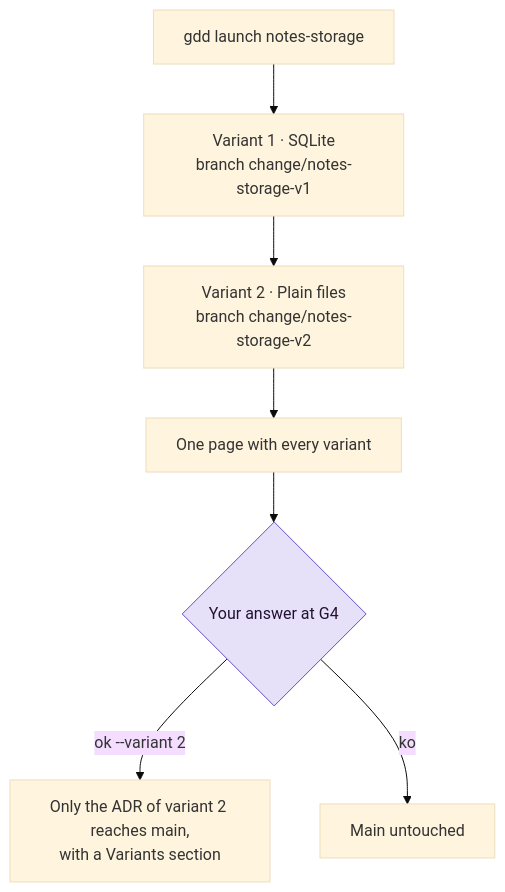
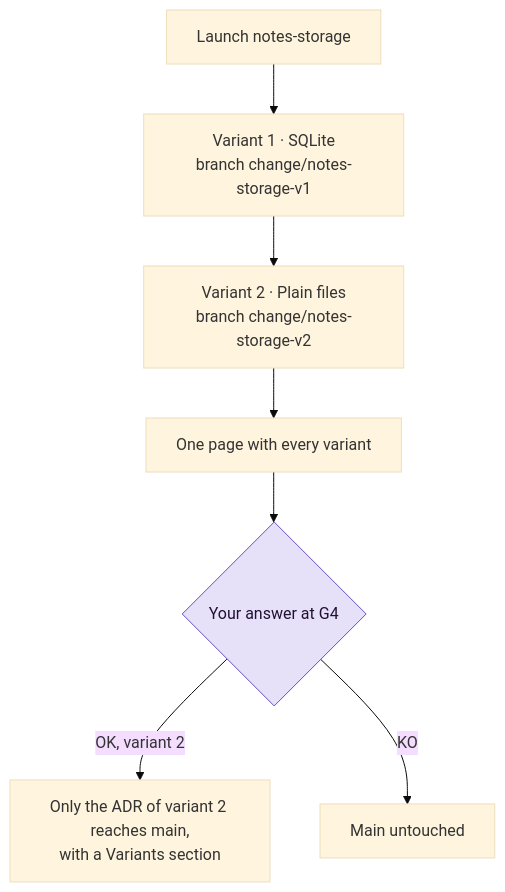
One commit to MarsGotta/gdd changed the diagram in docs/how-to/spikes.md. Above: the diagram before and after it, drawn with Mermaid (base theme). The commit also changed other lines of this file and 210 other files, not shown here.

````diff
--- a/docs/how-to/spikes.md
+++ b/docs/how-to/spikes.md
@@ -162,10 +151,10 @@
 ```mermaid
 flowchart TD
-    L[gdd launch notes-storage] --> V1[Variant 1 · SQLite<br/>branch change/notes-storage-v1]
+    L[Launch notes-storage] --> V1[Variant 1 · SQLite<br/>branch change/notes-storage-v1]
     V1 --> V2[Variant 2 · Plain files<br/>branch change/notes-storage-v2]
     V2 --> P[One page with every variant]
     P --> H{Your answer at G4}:::human
-    H -- "ok --variant 2" --> M[Only the ADR of variant 2 reaches main,<br/>with a Variants section]
-    H -- ko --> N[Main untouched]
+    H -- "OK, variant 2" --> M[Only the ADR of variant 2 reaches main,<br/>with a Variants section]
+    H -- KO --> N[Main untouched]
     classDef human fill:#e6e0f8,stroke:#6a4fc0,color:#213
 ```
````
